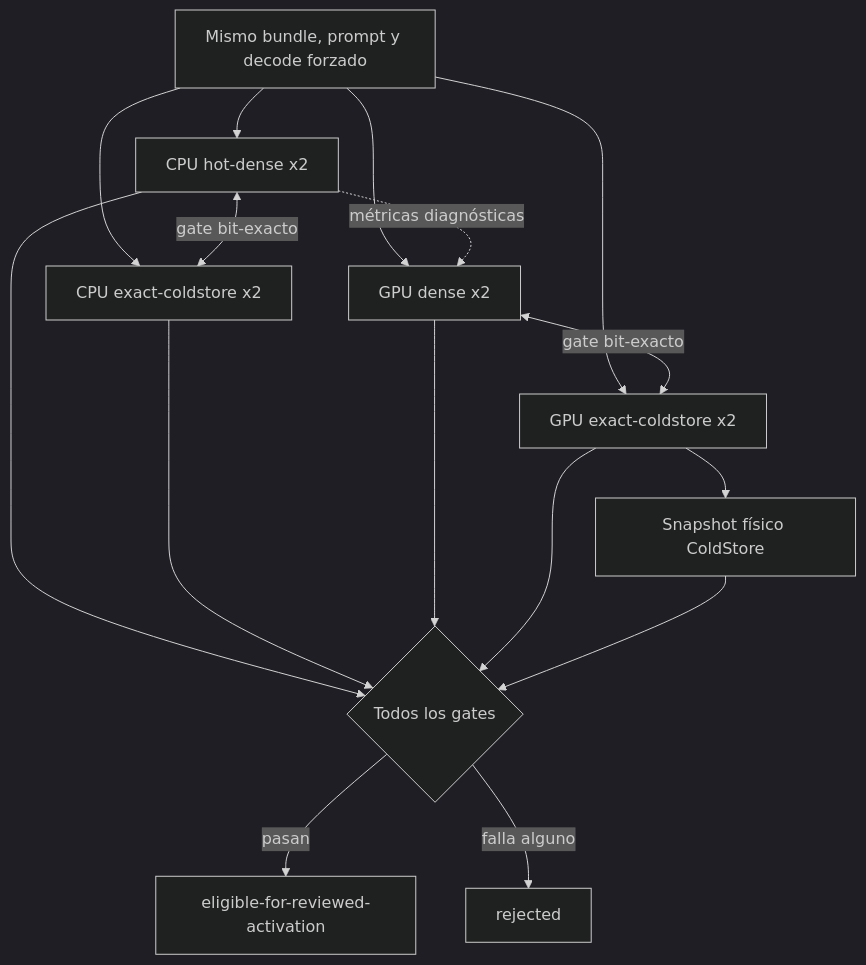
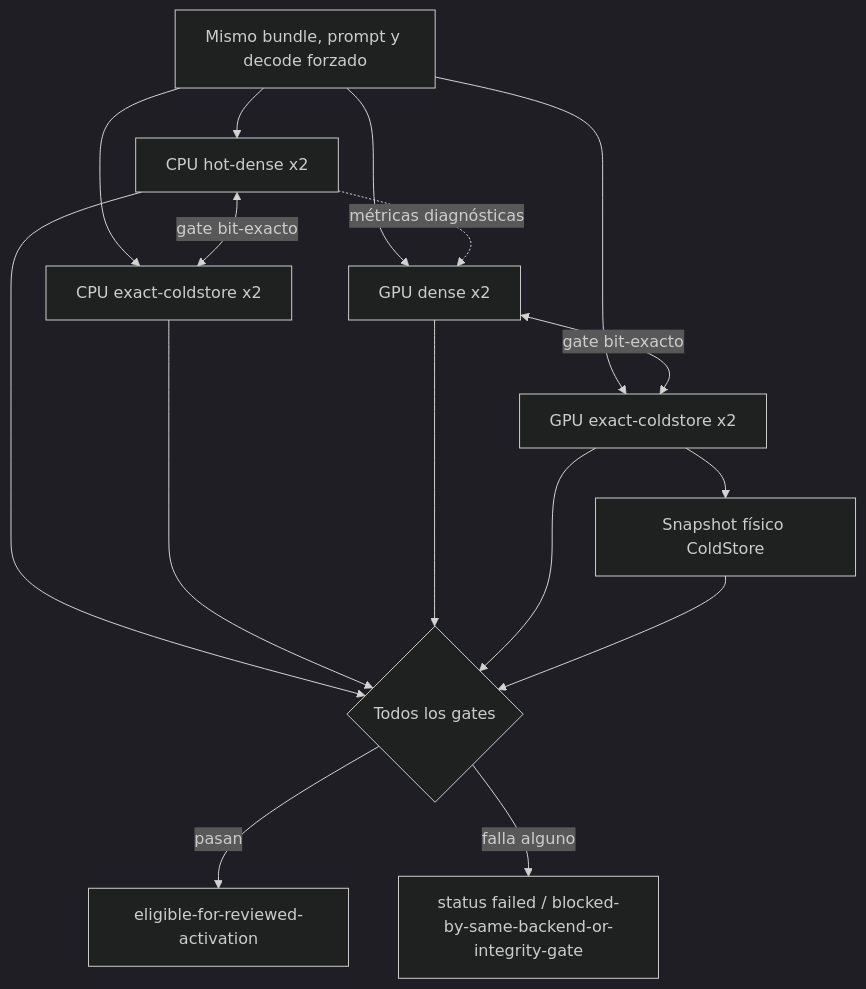
The fifth of 6 diagrams in docs/ARCHITECTURE_FLOWS.md (sheilyneural-afk/VK-SHEI), drawn with Mermaid (dark theme) before and after one commit. The commit also changed other lines of this file and 7 other files, not shown here.

````diff
--- a/docs/ARCHITECTURE_FLOWS.md
+++ b/docs/ARCHITECTURE_FLOWS.md
@@ -119,19 +119,19 @@
 ```mermaid
 flowchart TB
     I[Mismo bundle, prompt y decode forzado]
     I --> CH[CPU hot-dense x2]
     I --> CC[CPU exact-coldstore x2]
     I --> GD[GPU dense x2]
     I --> GC[GPU exact-coldstore x2]
     CH <-->|gate bit-exacto| CC
     GD <-->|gate bit-exacto| GC
     CH -. métricas diagnósticas .-> GD
     GC --> PS[Snapshot físico ColdStore]
     CH --> A{Todos los gates}
     CC --> A
     GD --> A
     GC --> A
     PS --> A
     A -->|pasan| OK[eligible-for-reviewed-activation]
-    A -->|falla alguno| KO[rejected]
+    A -->|falla alguno| KO[status failed / blocked-by-same-backend-or-integrity-gate]
 ```
````
